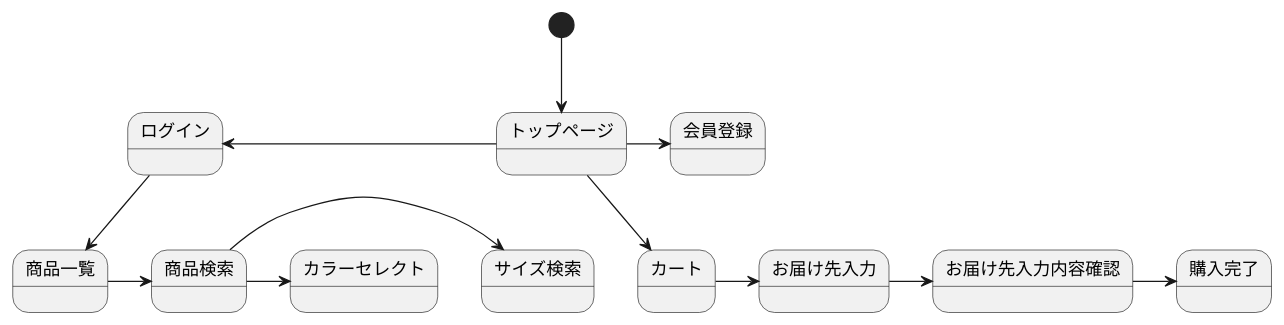
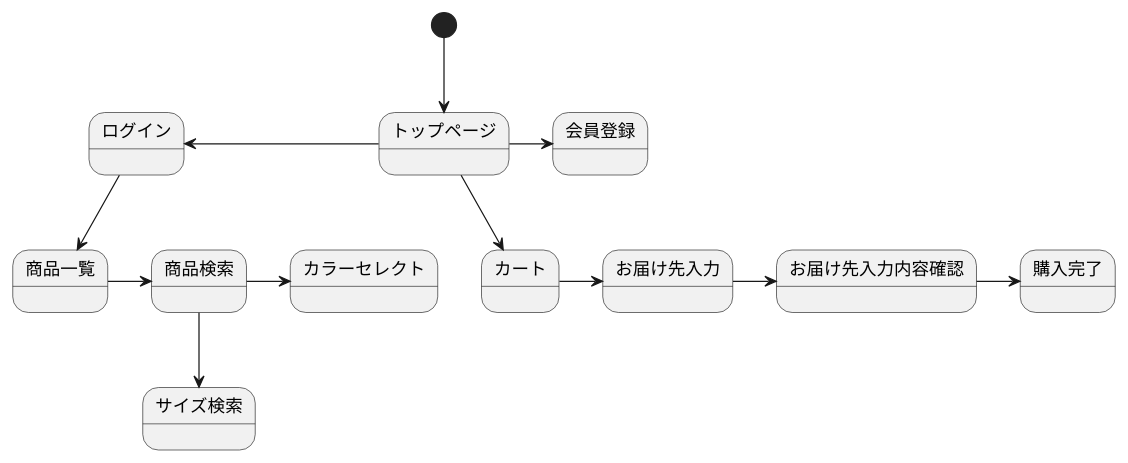
One commit to Aso2001379/2021sys-desing changed the diagram in kadai12.md. Above: the diagram before and after it, drawn with PlantUML.

````diff
--- a/kadai12.md
+++ b/kadai12.md
@@ -1,15 +1,15 @@
 ```uml
 @startuml
 [*] --> トップページ
 トップページ -> 会員登録
 トップページ -left-> ログイン
 ログイン --> 商品一覧
 商品一覧 -> 商品検索
-商品検索 -> サイズ検索
+商品検索 --> サイズ検索
 商品検索 -> カラーセレクト
 トップページ --> カート
 カート -> お届け先入力
 お届け先入力 -> お届け先入力内容確認
 お届け先入力内容確認 -> 購入完了
 @enduml
 ```
````
